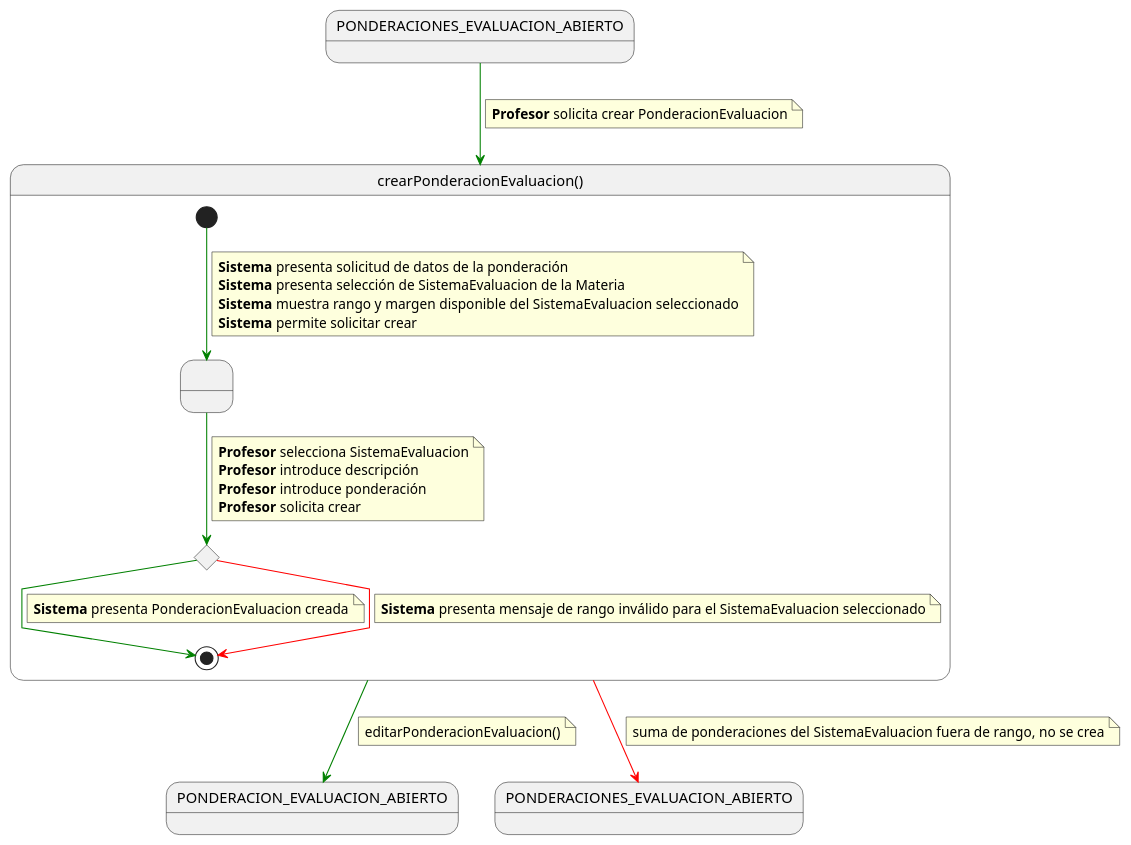
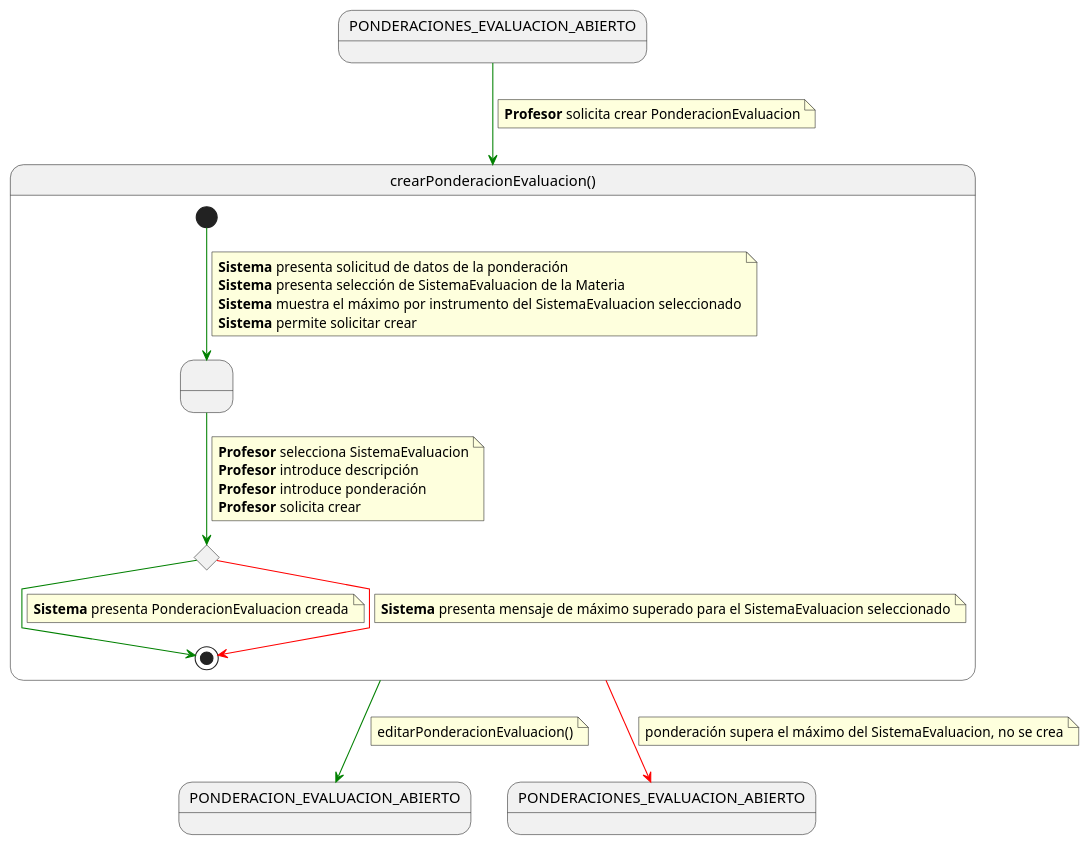
One commit to mmasias/pyCeldaPublico changed the diagram in RUP/01-requisitos/03-detalle-casos-uso/crearPonderacionEvaluacion/especificacion.puml. Above: the diagram before and after it, drawn with PlantUML. The commit also changed 14 other files, not shown here.

```diff
--- a/RUP/01-requisitos/03-detalle-casos-uso/crearPonderacionEvaluacion/especificacion.puml
+++ b/RUP/01-requisitos/03-detalle-casos-uso/crearPonderacionEvaluacion/especificacion.puml
@@ -1,56 +1,56 @@
 @startuml crearPonderacionEvaluacion
 
 skinparam linetype polyline
 
 state PONDERACIONES_EVALUACION_ABIERTO
 state PONDERACION_EVALUACION_ABIERTO
 state PONDERACIONES_EVALUACION_ABIERTOS_SALIDA as "PONDERACIONES_EVALUACION_ABIERTO"
 
 PONDERACIONES_EVALUACION_ABIERTO -[#green]-> crearPonderacionEvaluacion
 note on link
 <b>Profesor</b> solicita crear PonderacionEvaluacion
 end note
 
 state crearPonderacionEvaluacion as "crearPonderacionEvaluacion()" {
 
     state " " as SolicitandoDatos
     state c <<choice>>
 
     [*] -[#green]-> SolicitandoDatos
     note on link
     <b>Sistema</b> presenta solicitud de datos de la ponderación
     <b>Sistema</b> presenta selección de SistemaEvaluacion de la Materia
-    <b>Sistema</b> muestra rango y margen disponible del SistemaEvaluacion seleccionado
+    <b>Sistema</b> muestra el máximo por instrumento del SistemaEvaluacion seleccionado
     <b>Sistema</b> permite solicitar crear
     end note
 
     SolicitandoDatos -[#green]-> c
     note on link
     <b>Profesor</b> selecciona SistemaEvaluacion
     <b>Profesor</b> introduce descripción
     <b>Profesor</b> introduce ponderación
     <b>Profesor</b> solicita crear
     end note
 
     c -[#green]-> [*]
     note on link
     <b>Sistema</b> presenta PonderacionEvaluacion creada
     end note
 
     c -[#red]-> [*]
     note on link
-    <b>Sistema</b> presenta mensaje de rango inválido para el SistemaEvaluacion seleccionado
+    <b>Sistema</b> presenta mensaje de máximo superado para el SistemaEvaluacion seleccionado
     end note
 }
 
 crearPonderacionEvaluacion -[#green]-> PONDERACION_EVALUACION_ABIERTO
 note on link
 editarPonderacionEvaluacion()
 end note
 
 crearPonderacionEvaluacion -[#red]-> PONDERACIONES_EVALUACION_ABIERTOS_SALIDA
 note on link
-suma de ponderaciones del SistemaEvaluacion fuera de rango, no se crea
+ponderación supera el máximo del SistemaEvaluacion, no se crea
 end note
 
 @enduml
```
